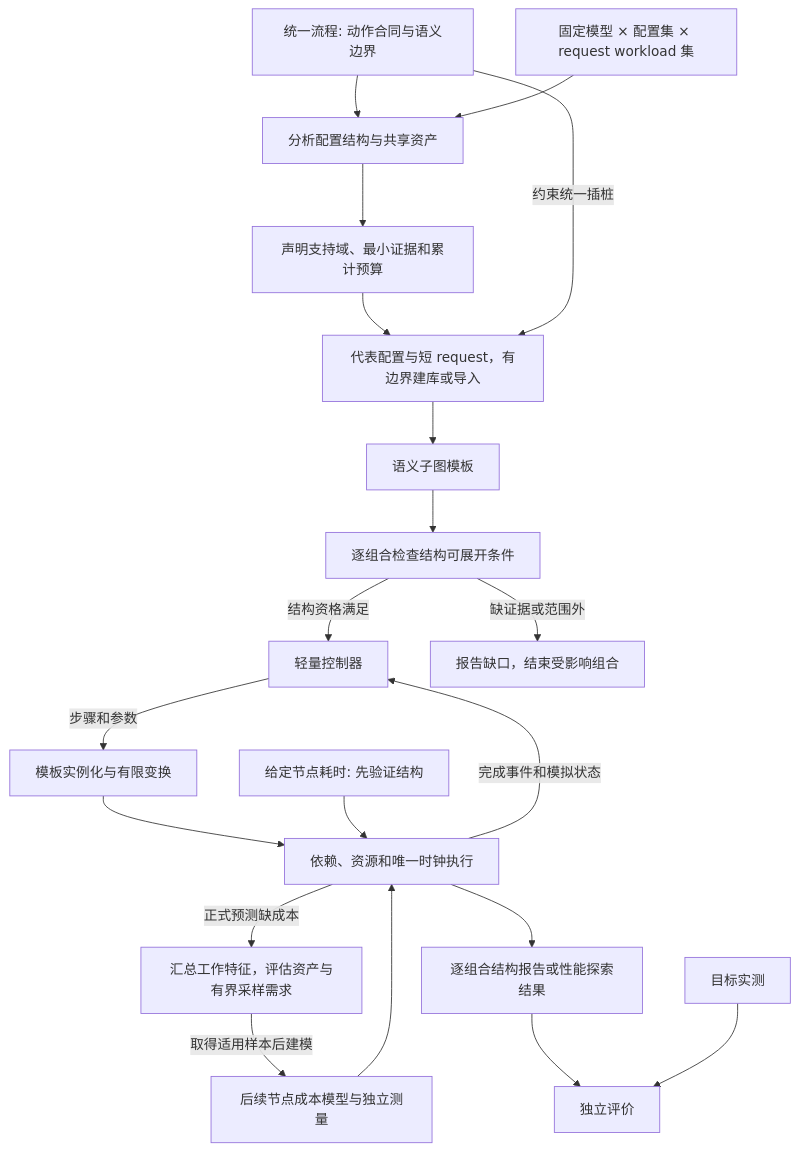
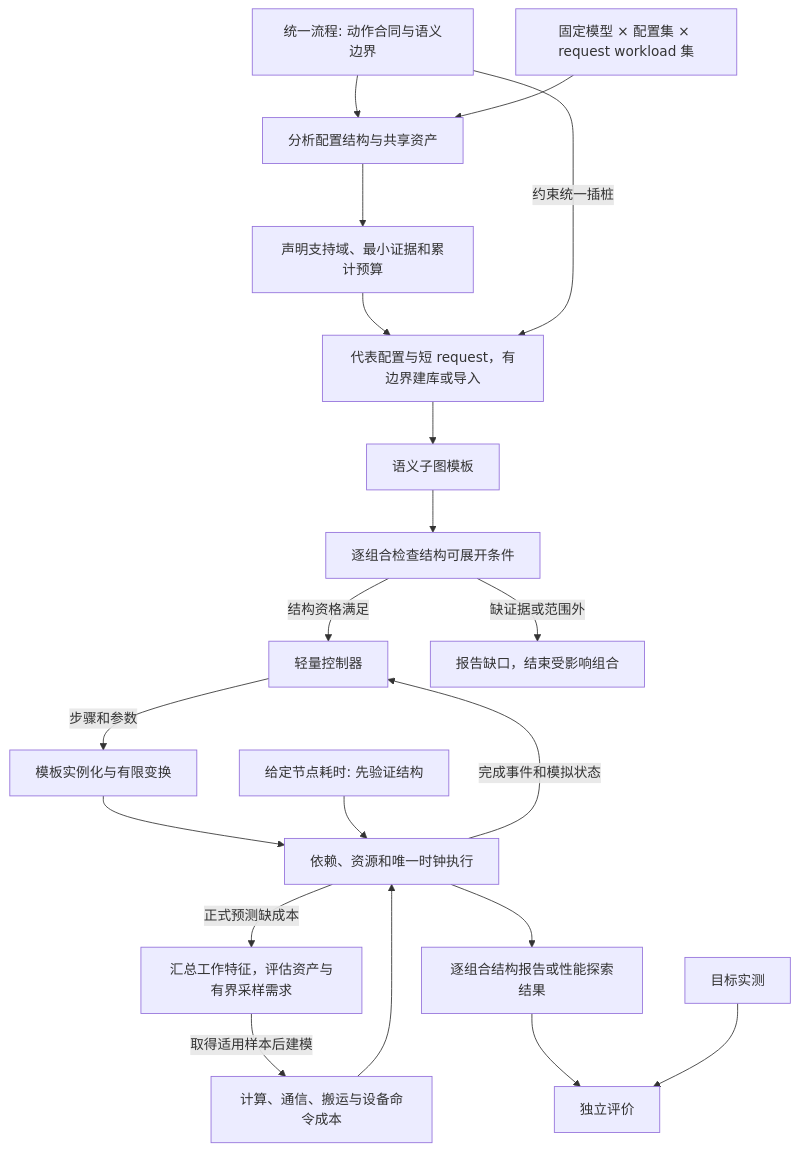
Before and after one commit to Entwinedime/Markov: the diagram in docs/redesign/01_system_framework.md, drawn with Mermaid. The commit also changed other lines of this file and 34 other files, not shown here.

````diff
--- a/docs/redesign/01_system_framework.md
+++ b/docs/redesign/01_system_framework.md
@@ -64,22 +66,22 @@
 ```mermaid
 flowchart TD
     F[统一流程: 动作合同与语义边界] --> P
     U[固定模型 × 配置集 × request workload 集] --> P[分析配置结构与共享资产]
     P --> H[声明支持域、最小证据和累计预算]
     H --> B[代表配置与短 request，有边界建库或导入]
     F -->|约束统一插桩| B
     B --> T[语义子图模板]
     T --> G[逐组合检查结构可展开条件]
     G -->|结构资格满足| C[轻量控制器]
     G -->|缺证据或范围外| X[报告缺口，结束受影响组合]
     C -->|步骤和参数| I[模板实例化与有限变换]
     I --> E[依赖、资源和唯一时钟执行]
     E -->|完成事件和模拟状态| C
     D[给定节点耗时: 先验证结构] --> E
-    M[后续节点成本模型与独立测量] --> E
+    M[计算、通信、搬运与设备命令成本] --> E
     E -->|正式预测缺成本| A[汇总工作特征，评估资产与有界采样需求]
     A -->|取得适用样本后建模| M
     E --> R[逐组合结构报告或性能探索结果]
     R --> V[独立评价]
     O[目标实测] --> V
 ```
````
